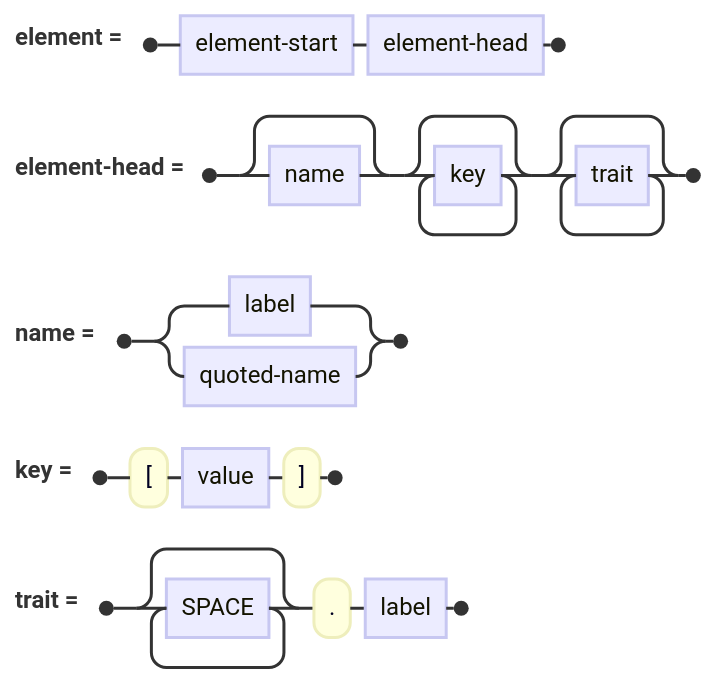
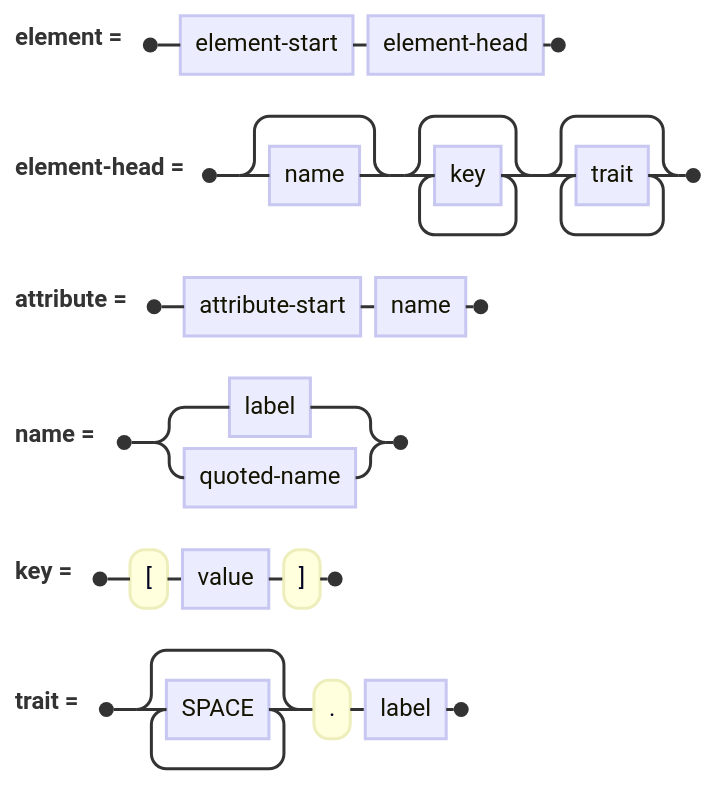
Before and after one commit to v2-io/udon: the third of 10 diagrams in v2/spec-lite-0.1.0/.int/railroad-2026-10-21.md, drawn with Mermaid. The commit also changed other lines of this file and 1 other file, not shown here.

First line of the commit message:
spec-lite-0.1.0: railroad: line is blank / comment-block / block-line / prose; block-line is what sameline named (Joseph, 2026-10-21), built from starts and items with the fence as the only last-item; verbatim recorded

````diff
--- a/v2/spec-lite-0.1.0/.int/railroad-2026-10-21.md
+++ b/v2/spec-lite-0.1.0/.int/railroad-2026-10-21.md
@@ -43,12 +45,14 @@
 ```mermaid
 railroad-peg-beta
 title "An element's head"
 element <- element-start element-head ;
 element-head <- name? key* trait* ;
+attribute <- attribute-start name ;
+%% its value is the next item on the line ([[rule:attribute-with-no-value-takes-next-value]]); none at all is an error ([[rule:missing-value]])
 name <- label / quoted-name ;
 %% OPEN: which characters a bare label may hold (the labels discussion, [[def:label]]); quoted names follow the delimited-string rules ([[rule:quoted-element-and-attribute-names]])
 key <- "[" value "]" ;
 %% [[rule:key-holds-a-value]]; escapes inside: \\ \[ \] ([[rule:key-escapes]]). OPEN: one key or several (`rule:keys-and-traits` gap)
 trait <- SPACE* "." label ;
 %% OPEN, provisional: spaces before a trait ([[rule:traits-may-follow-spaces]]); while that stands an unquoted name can't begin with "."
 ```
````
